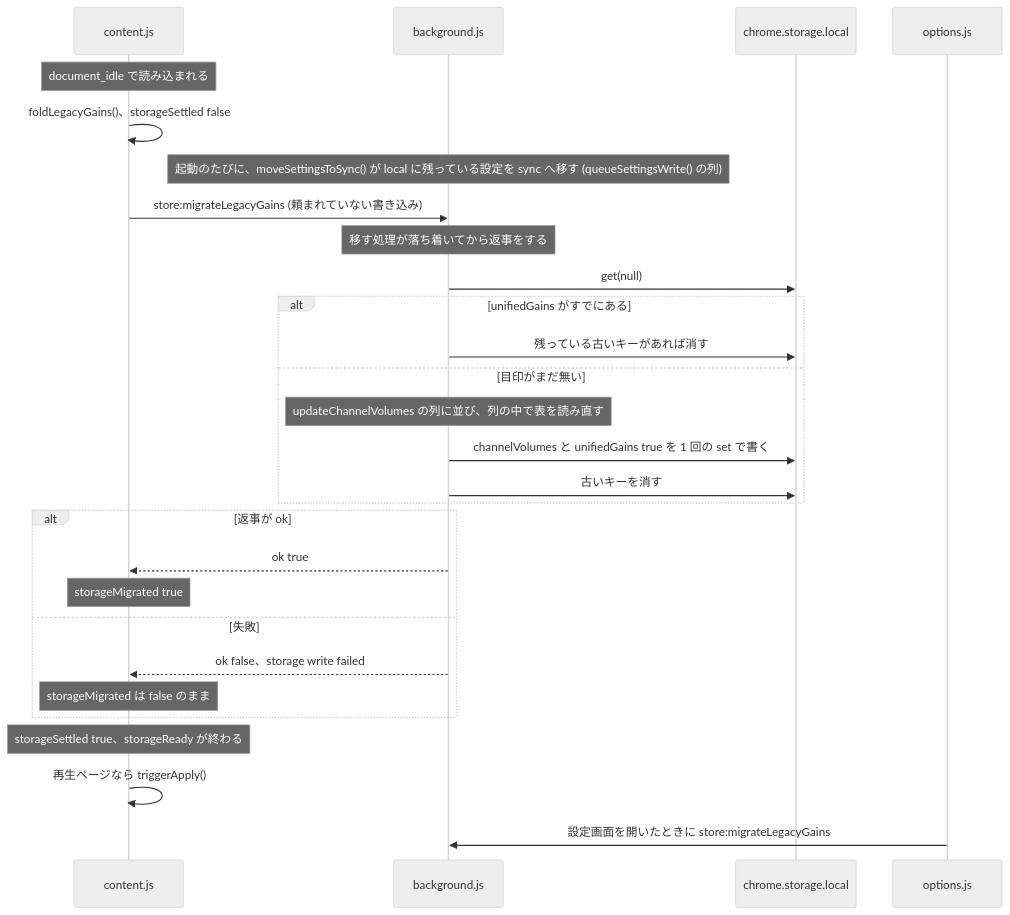
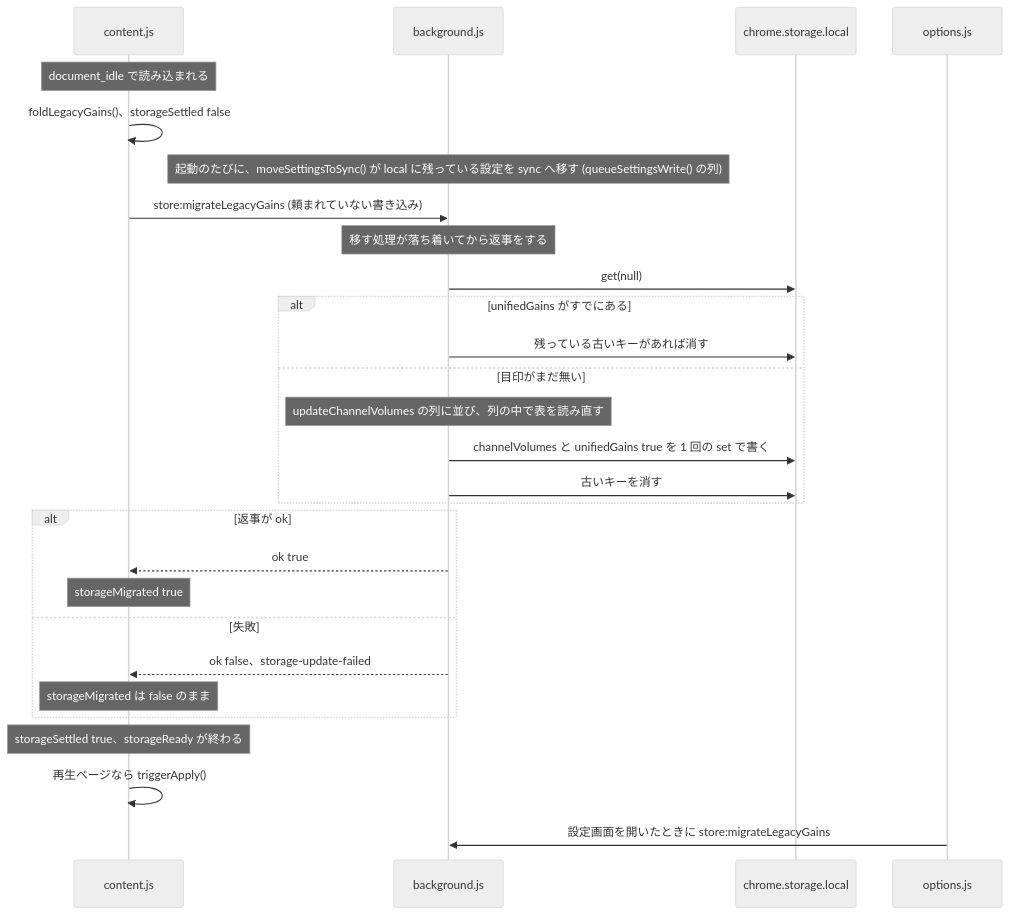
Diagram 11 of 14 in docs/gain-change-and-save.ja.md (semnil/yt-channel-volume), drawn with Mermaid (neutral theme) before and after one commit. The commit also changed other lines of this file and 8 other files, not shown here.

````diff
--- a/docs/gain-change-and-save.ja.md
+++ b/docs/gain-change-and-save.ja.md
@@ -549,30 +549,30 @@
 ```mermaid
 sequenceDiagram
   participant C as content.js
   participant W as background.js
   participant S as chrome.storage.local
   participant O as options.js
   Note over C: document_idle で読み込まれる
   C->>C: foldLegacyGains()、storageSettled false
   Note over W: 起動のたびに、moveSettingsToSync() が local に残っている設定を sync へ移す (queueSettingsWrite() の列)
   C->>W: store:migrateLegacyGains (頼まれていない書き込み)
   Note over W: 移す処理が落ち着いてから返事をする
   W->>S: get(null)
   alt unifiedGains がすでにある
     W->>S: 残っている古いキーがあれば消す
   else 目印がまだ無い
     Note over W: updateChannelVolumes の列に並び、列の中で表を読み直す
     W->>S: channelVolumes と unifiedGains true を 1 回の set で書く
     W->>S: 古いキーを消す
   end
   alt 返事が ok
     W-->>C: ok true
     Note over C: storageMigrated true
   else 失敗
-    W-->>C: ok false、storage write failed
+    W-->>C: ok false、storage-update-failed
     Note over C: storageMigrated は false のまま
   end
   Note over C: storageSettled true、storageReady が終わる
   C->>C: 再生ページなら triggerApply()
   O->>W: 設定画面を開いたときに store:migrateLegacyGains
 ```
````
